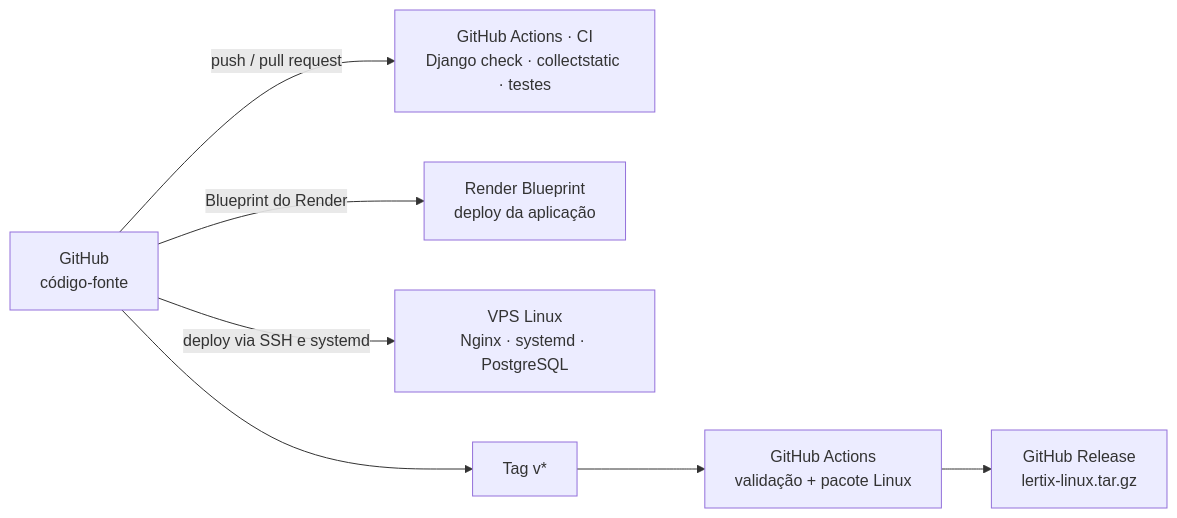
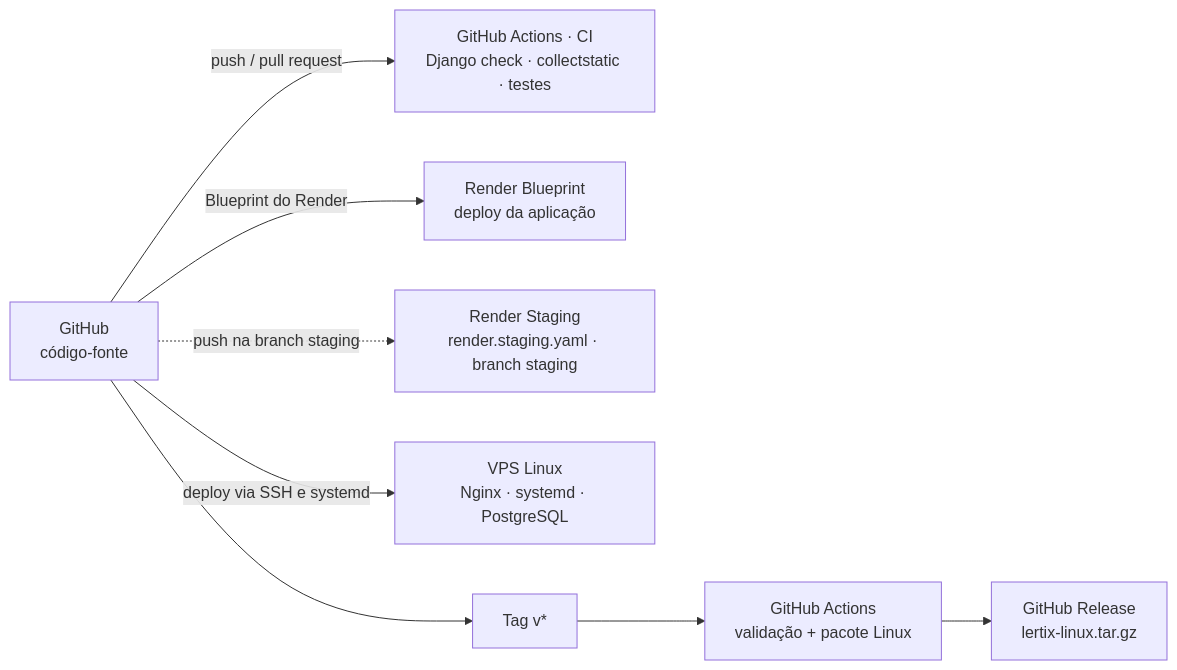
Before and after one commit to Lorenzotecnologia/Lertix: the second of 2 diagrams in docs/diagrama-stack.md, drawn with Mermaid. The commit also changed other lines of this file and 2 other files, not shown here.

Commit message:
Adiciona ambiente de staging no Render

````diff
--- a/docs/diagrama-stack.md
+++ b/docs/diagrama-stack.md
@@ -71,16 +78,18 @@
 ```mermaid
 flowchart LR
     repo["GitHub<br/>código-fonte"]
     ci["GitHub Actions · CI<br/>Django check · collectstatic · testes"]
     render["Render Blueprint<br/>deploy da aplicação"]
+    staging["Render Staging<br/>render.staging.yaml · branch staging"]
     vps["VPS Linux<br/>Nginx · systemd · PostgreSQL"]
     tag["Tag v*"]
     release["GitHub Actions<br/>validação + pacote Linux"]
     artifact["GitHub Release<br/>lertix-linux.tar.gz"]
 
     repo -->|"push / pull request"| ci
     repo -->|"Blueprint do Render"| render
+    repo -.->|"push na branch staging"| staging
     repo -->|"deploy via SSH e systemd"| vps
     repo --> tag
     tag --> release --> artifact
 ```
````
